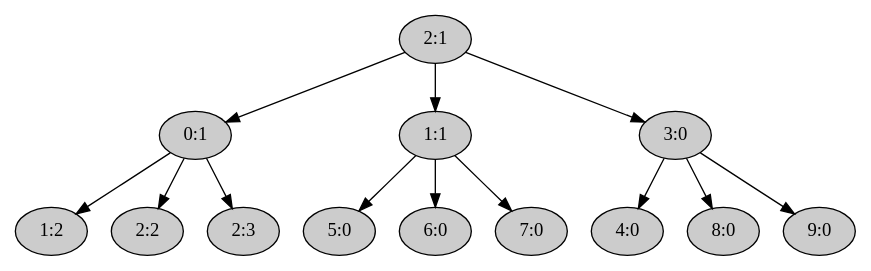
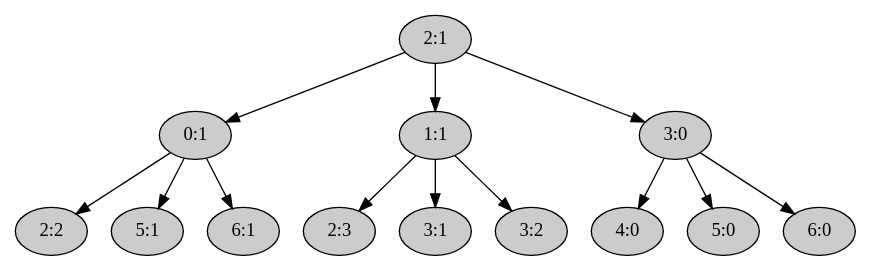
The diagram in lab/src/7-um-3-eager-fork.dot (AntonGlinisty/nikka-practice), drawn with Graphviz before and after one commit. The commit also changed 14 other files, not shown here.

```diff
--- a/lab/src/7-um-3-eager-fork.dot
+++ b/lab/src/7-um-3-eager-fork.dot
@@ -1,1 +1,1 @@
-digraph process_tree { node [ style = filled; fillcolor = "#CCCCCC"]; "0:1" -> "1:2"; "0:1" -> "2:2"; "0:1" -> "2:3"; "1:1" -> "5:0"; "1:1" -> "6:0"; "1:1" -> "7:0"; "2:1" -> "0:1"; "2:1" -> "1:1"; "2:1" -> "3:0"; "3:0" -> "4:0"; "3:0" -> "8:0"; "3:0" -> "9:0"; }
+digraph process_tree { node [ style = filled; fillcolor = "#CCCCCC"]; "0:1" -> "2:2"; "0:1" -> "5:1"; "0:1" -> "6:1"; "1:1" -> "2:3"; "1:1" -> "3:1"; "1:1" -> "3:2"; "2:1" -> "0:1"; "2:1" -> "1:1"; "2:1" -> "3:0"; "3:0" -> "4:0"; "3:0" -> "5:0"; "3:0" -> "6:0"; }
```
